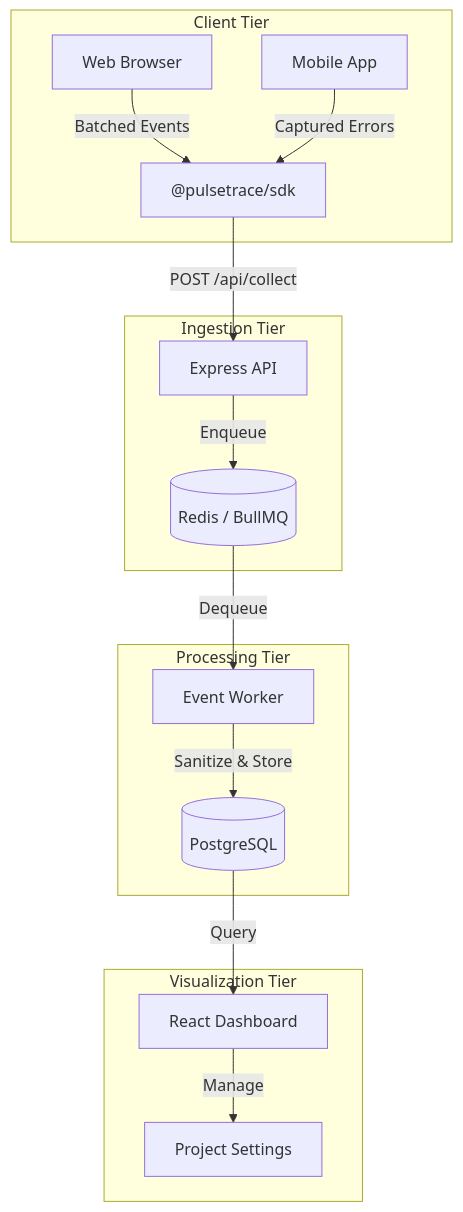
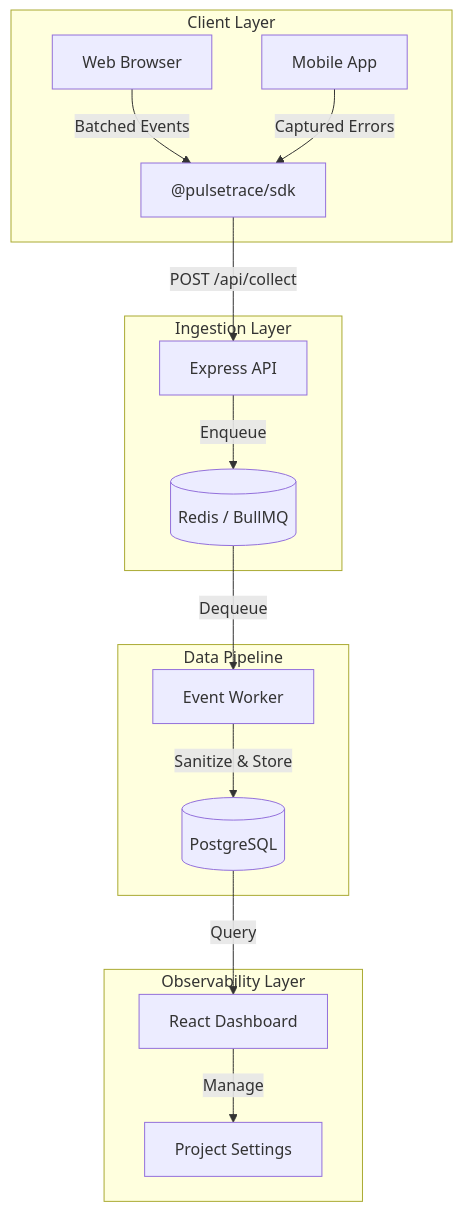
One commit to KumarDhananjaya/pulsetrace changed the diagram in README.md. Above: the diagram before and after it, drawn with Mermaid. The commit also changed other lines of this file, not shown here.

````diff
--- a/README.md
+++ b/README.md
@@ -53,22 +57,22 @@
 ```mermaid
 graph TD
-    subgraph "Client Tier"
+    subgraph "Client Layer"
         Browser[Web Browser] -->|Batched Events| SDK["@pulsetrace/sdk"]
         Mobile[Mobile App] -->|Captured Errors| SDK
     end
 
-    subgraph "Ingestion Tier"
+    subgraph "Ingestion Layer"
         SDK -->|POST /api/collect| API[Express API]
         API -->|Enqueue| Redis[(Redis / BullMQ)]
     end
 
-    subgraph "Processing Tier"
+    subgraph "Data Pipeline"
         Redis -->|Dequeue| Worker[Event Worker]
         Worker -->|Sanitize & Store| DB[(PostgreSQL)]
     end
 
-    subgraph "Visualization Tier"
+    subgraph "Observability Layer"
         DB -->|Query| Dashboard[React Dashboard]
         Dashboard -->|Manage| Settings[Project Settings]
     end
 ```
````
